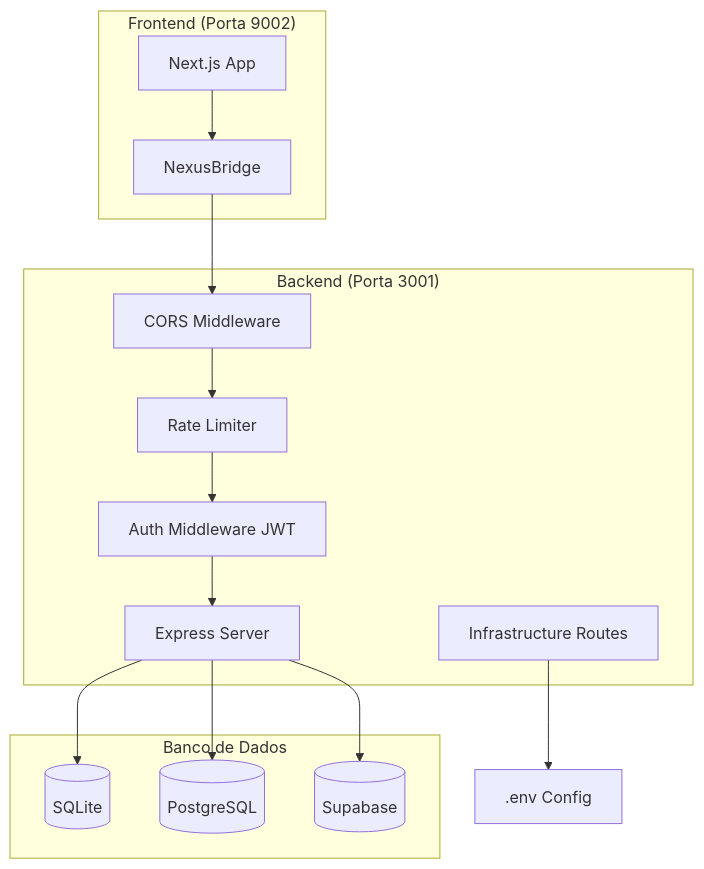
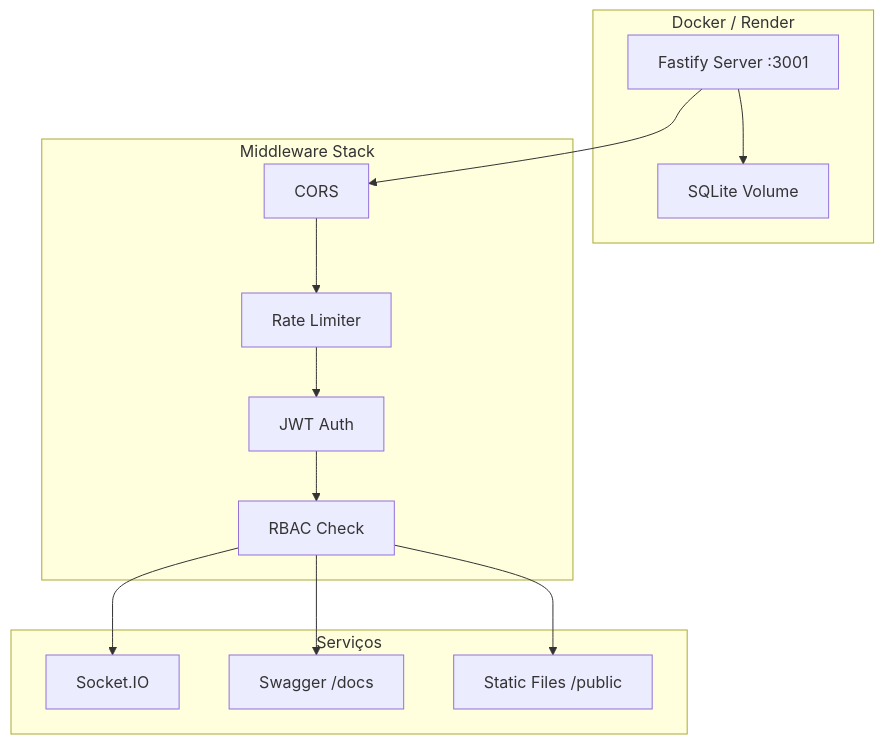
The seventh of 8 diagrams in docs/DIAGRAMS.md (charaodaniel/CityMotion), drawn with Mermaid before and after one commit. The commit also changed other lines of this file and 99 other files, not shown here.

First line of the commit message:
CityMotion v2.0 — SPA + Fastify + Drizzle + Socket.IO + 189 testes

````diff
--- a/docs/DIAGRAMS.md
+++ b/docs/DIAGRAMS.md
@@ -106,29 +210,29 @@
 ```mermaid
 graph TB
-    subgraph "Frontend (Porta 9002)"
-        A[Next.js App] --> B[NexusBridge]
+    subgraph "Docker / Render"
+        A[Fastify Server :3001]
+        B[SQLite Volume]
     end
-    
-    subgraph "Backend (Porta 3001)"
-        C[Express Server]
-        D[CORS Middleware]
-        E[Rate Limiter]
-        F[Auth Middleware JWT]
-        G[Infrastructure Routes]
+
+    subgraph "Middleware Stack"
+        C[CORS]
+        D[Rate Limiter]
+        E[JWT Auth]
+        F[RBAC Check]
     end
-    
-    subgraph "Banco de Dados"
-        H[(SQLite)]
-        I[(PostgreSQL)]
-        J[(Supabase)]
+
+    subgraph "Serviços"
+        G[Socket.IO]
+        H[Swagger /docs]
+        I[Static Files /public]
     end
-    
-    B --> D
+
+    A --> C
+    C --> D
     D --> E
     E --> F
-    F --> C
-    C --> H
-    C --> I
-    C --> J
-    G --> K[.env Config]
+    F --> G
+    F --> H
+    F --> I
+    A --> B
 ```
````
